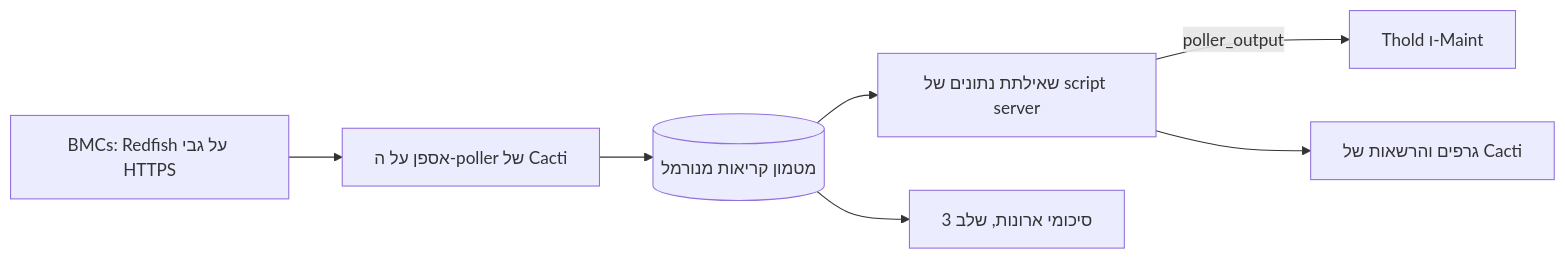
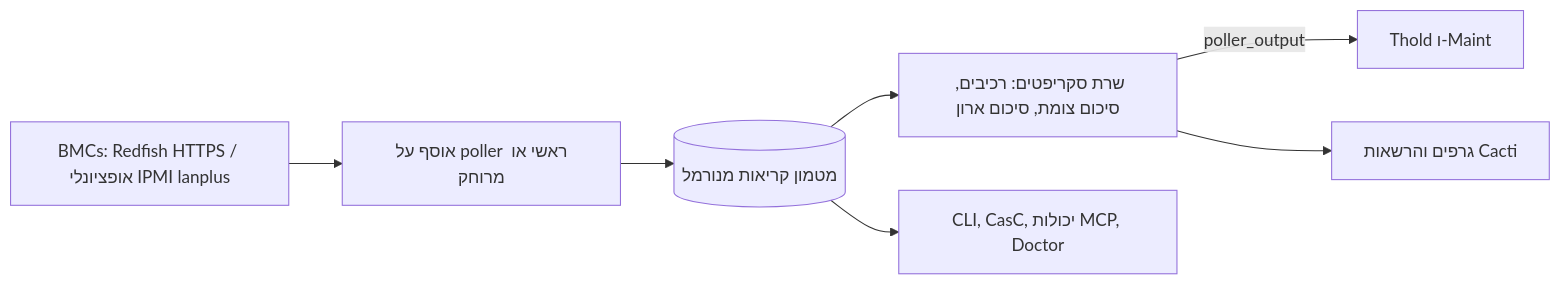
One commit to somethingwithproof/plugin_redfish changed the diagram in docs/i18n/he-IL/README.md. Above: the diagram before and after it, drawn with Mermaid. The commit also changed other lines of this file and 47 other files, not shown here.

````diff
--- a/docs/i18n/he-IL/README.md
+++ b/docs/i18n/he-IL/README.md
@@ -100,9 +140,9 @@
 ```mermaid
 flowchart LR
-    BMC["BMCs: Redfish על גבי HTTPS"] --> C["אספן על ה-poller של Cacti"]
+    BMC["BMCs: Redfish HTTPS / אופציונלי IPMI lanplus"] --> C["אוסף על poller ראשי או מרוחק"]
     C --> CACHE[("מטמון קריאות מנורמל")]
-    CACHE --> SS["שאילתת נתונים של script server"]
+    CACHE --> SS["שרת סקריפטים: רכיבים, סיכום צומת, סיכום ארון"]
     SS -->|poller_output| T["Thold ו-Maint"]
-    SS --> G["גרפים והרשאות של Cacti"]
-    CACHE --> R["סיכומי ארונות, שלב 3"]
+    SS --> G["גרפים והרשאות Cacti"]
+    CACHE --> ECO["CLI, CasC, יכולות MCP, Doctor"]
 ```
````
